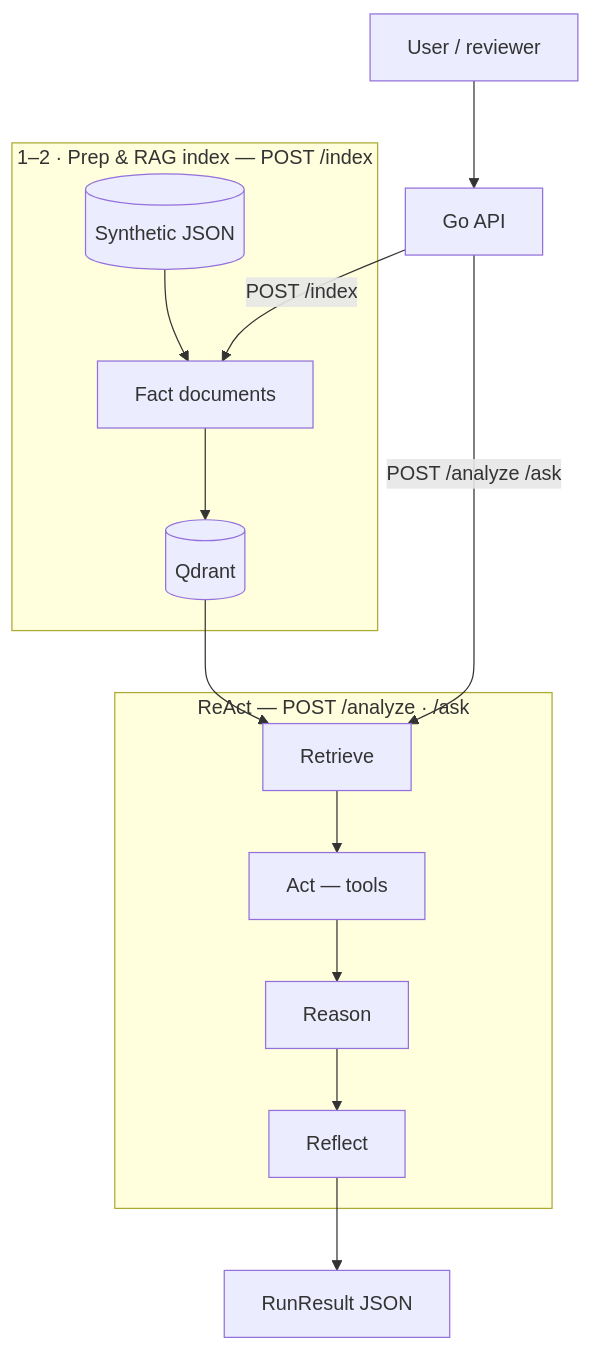
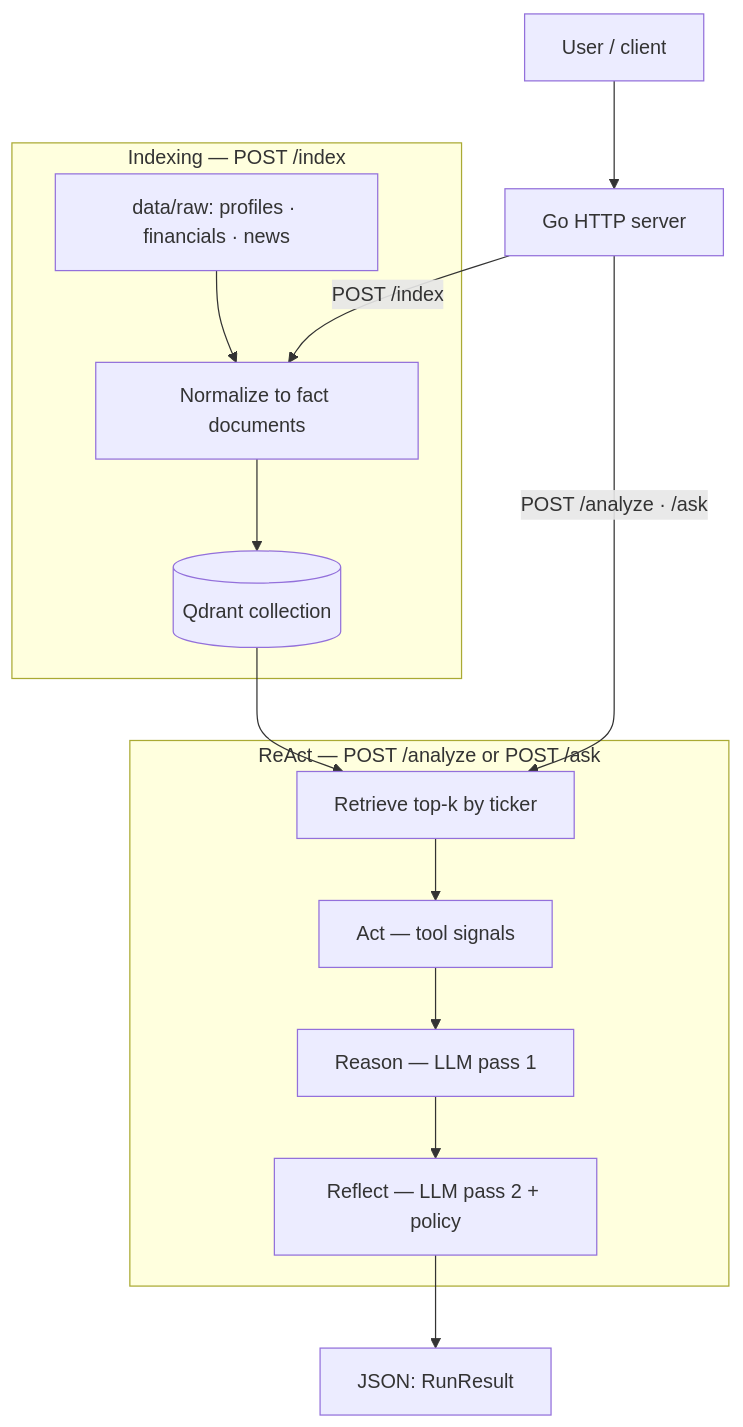
Before and after one commit to eklisowska/ai-agent: the diagram in architecture.mmd, drawn with Mermaid. The commit also changed 13 other files, not shown here.

```diff
--- a/architecture.mmd
+++ b/architecture.mmd
@@ -1,29 +1,29 @@
-%% ReAct: Retrieve → Act → Reason → Reflect (see agentic_workflow_react.md).
-%% Requirements 1–4: README “Requirements Coverage (Agentic Components)” — data prep, RAG, reasoning & reflection, tools.
+%% AI Stock Analyst Agent — high-level HTTP and data flow.
+%% Companion docs: README.md (quick start, env, layout), agentic_workflow_react.md (ReAct steps).
+%% Requirements map (README): (1) data prep (2) RAG (3) reasoning & reflection (4) tools.
 flowchart TD
-    U[User / reviewer]
-    API[Go API]
+    U[User / client]
+    API[Go HTTP server]
 
-    subgraph idx["1–2 · Prep & RAG index — POST /index"]
-        RAW[(Synthetic JSON)]
-        PREP[Fact documents]
-        Q[(Qdrant)]
+    subgraph idx["Indexing — POST /index"]
+        RAW["data/raw: profiles · financials · news"]
+        PREP[Normalize to fact documents]
+        Q[(Qdrant collection)]
         RAW --> PREP --> Q
     end
 
-    subgraph react["ReAct — POST /analyze · /ask"]
-        RET[Retrieve]
-        ACT[Act — tools]
-        REASON[Reason]
-        REFLECT[Reflect]
+    subgraph react["ReAct — POST /analyze or POST /ask"]
+        RET[Retrieve top-k by ticker]
+        ACT[Act — tool signals]
+        REASON[Reason — LLM pass 1]
+        REFLECT[Reflect — LLM pass 2 + policy]
         RET --> ACT --> REASON --> REFLECT
     end
 
-    OUT[RunResult JSON]
+    OUT["JSON: RunResult"]
 
     U --> API
     API -->|POST /index| PREP
     Q --> RET
     REFLECT --> OUT
-
-    API -->|POST /analyze /ask| RET
+    API -->|POST /analyze · /ask| RET
```
